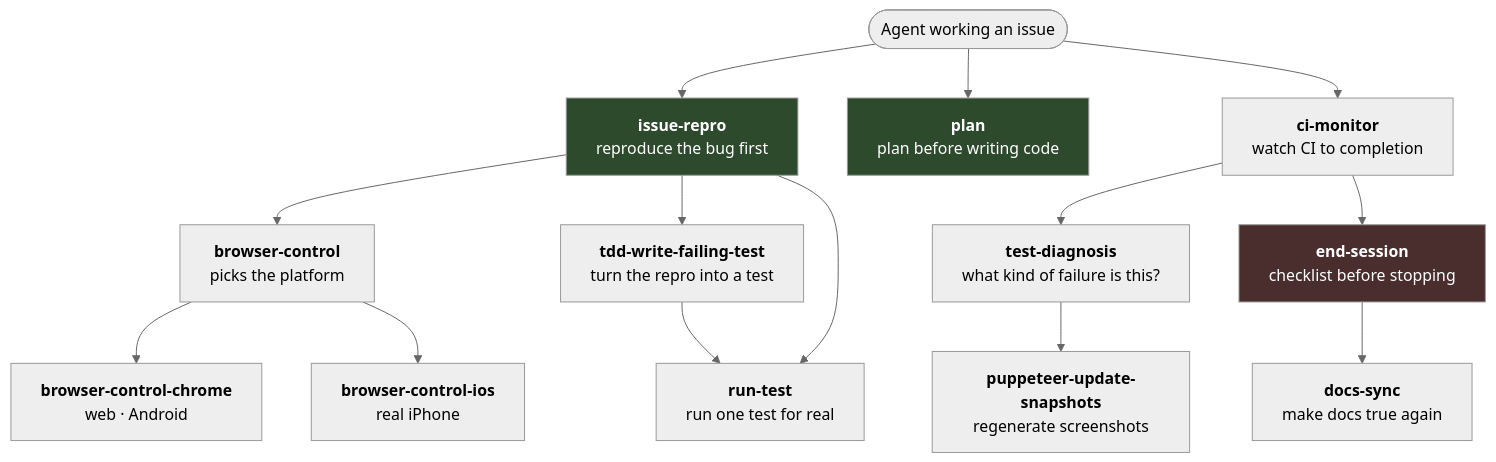
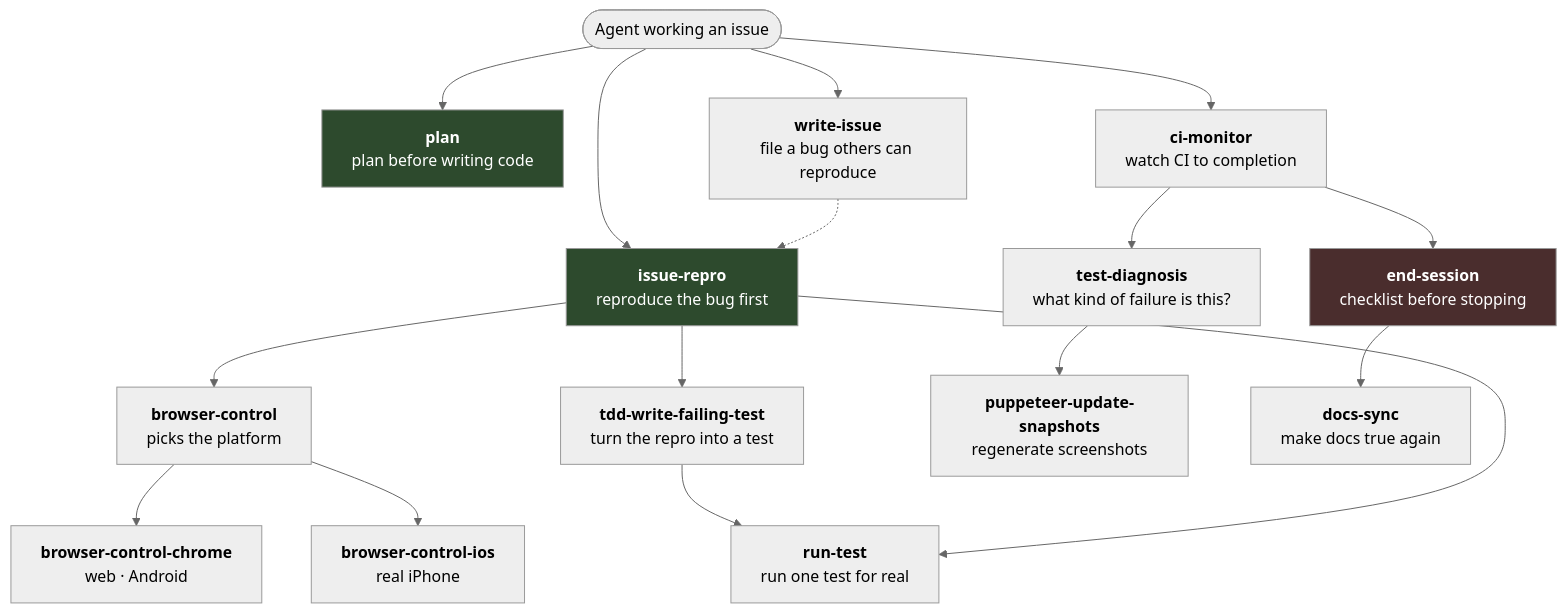
One commit to cybersemics/em changed the diagram in docs/agents/skills.md. Above: the diagram before and after it, drawn with Mermaid (neutral theme). The commit also changed other lines of this file and 4 other files, not shown here.

First line of the commit message:
docs(agents): add write-issue skill

````diff
--- a/docs/agents/skills.md
+++ b/docs/agents/skills.md
@@ -16,38 +16,42 @@
 ```mermaid
 flowchart TD
     START(["Agent working an issue"])
 
     START --> IR["<b>issue-repro</b><br/>reproduce the bug first"]
     START --> PL["<b>plan</b><br/>plan before writing code"]
     START --> CM["<b>ci-monitor</b><br/>watch CI to completion"]
+    START --> WI["<b>write-issue</b><br/>file a bug others can reproduce"]
+
+    WI -.-> IR
 
     IR --> BC["<b>browser-control</b><br/>picks the platform"]
     BC --> BCC["<b>browser-control-chrome</b><br/>web · Android"]
     BC --> BCI["<b>browser-control-ios</b><br/>real iPhone"]
     IR --> TDD["<b>tdd-write-failing-test</b><br/>turn the repro into a test"]
     TDD --> RT["<b>run-test</b><br/>run one test for real"]
     IR --> RT
 
     CM --> TD["<b>test-diagnosis</b><br/>what kind of failure is this?"]
     TD --> PUS["<b>puppeteer-update-snapshots</b><br/>regenerate screenshots"]
 
     CM --> ES["<b>end-session</b><br/>checklist before stopping"]
     ES --> DS["<b>docs-sync</b><br/>make docs true again"]
 
     style IR fill:#2d4a2d,color:#fff
     style PL fill:#2d4a2d,color:#fff
     style ES fill:#4a2d2d,color:#fff
 
+    click WI "https://github.com/cybersemics/em/blob/HEAD/docs/agents/skills.md#write-issue" "write-issue — file an issue that can be reproduced"
     click IR "https://github.com/cybersemics/em/blob/HEAD/docs/agents/skills.md#issue-repro" "issue-repro — reproduce before investigating"
     click PL "https://github.com/cybersemics/em/blob/HEAD/docs/agents/skills.md#plan" "plan — plan and critique before implementing"
     click ES "https://github.com/cybersemics/em/blob/HEAD/docs/agents/skills.md#end-session" "end-session — the exit checklist"
     click DS "https://github.com/cybersemics/em/blob/HEAD/docs/agents/skills.md#docs-sync" "docs-sync — keep documentation true"
     click BC "https://github.com/cybersemics/em/blob/HEAD/docs/agents/skills.md#browser-control" "browser-control — routes by platform"
     click BCC "https://github.com/cybersemics/em/blob/HEAD/docs/agents/skills.md#browser-control-chrome" "browser-control-chrome — web and Android"
     click BCI "https://github.com/cybersemics/em/blob/HEAD/docs/agents/skills.md#browser-control-ios" "browser-control-ios — real iPhone"
     click TDD "https://github.com/cybersemics/em/blob/HEAD/docs/agents/skills.md#tdd-write-failing-test" "tdd-write-failing-test — capture the bug"
     click RT "https://github.com/cybersemics/em/blob/HEAD/docs/agents/skills.md#run-test" "run-test — run one test for real"
     click CM "https://github.com/cybersemics/em/blob/HEAD/docs/agents/skills.md#ci-monitor" "ci-monitor — wait for every check"
     click TD "https://github.com/cybersemics/em/blob/HEAD/docs/agents/skills.md#test-diagnosis" "test-diagnosis — classify the failure"
     click PUS "https://github.com/cybersemics/em/blob/HEAD/docs/agents/skills.md#puppeteer-update-snapshots" "puppeteer-update-snapshots — regenerate screenshots"
 ```
````
